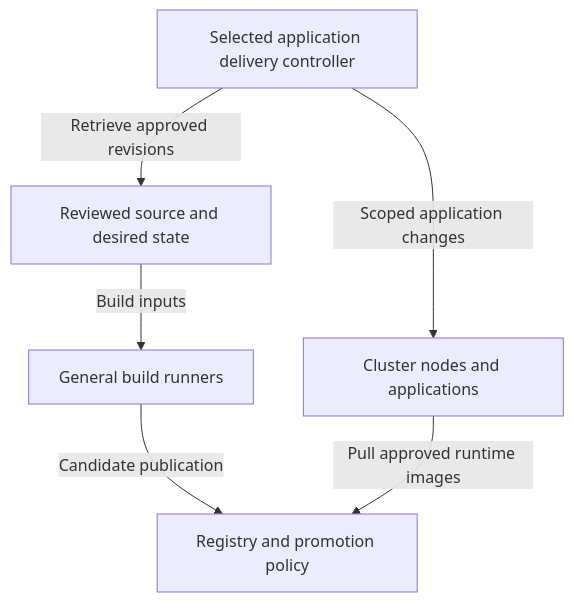
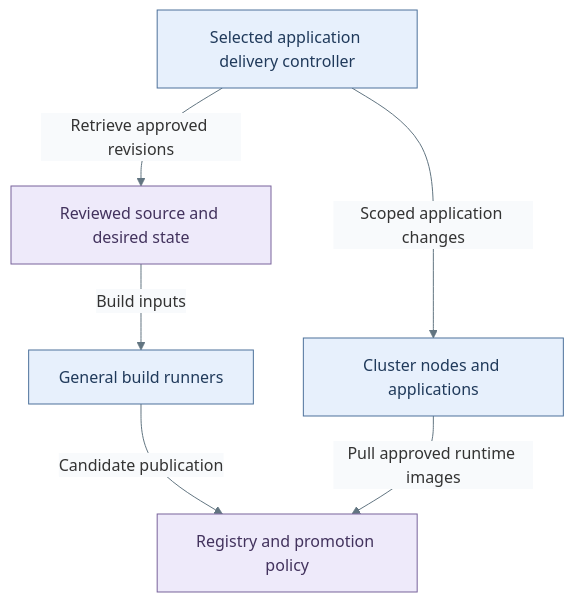
The second of 5 diagrams in docs/architecture/runtime-flows.md (Rexus/homelab), drawn with Mermaid before and after one commit. The commit also changed other lines of this file and 49 other files, not shown here.

Commit message:
docs(diagrams): clarify tier layouts and visual styles

````diff
--- a/docs/architecture/runtime-flows.md
+++ b/docs/architecture/runtime-flows.md
@@ -66,13 +72,19 @@
 ```mermaid
+%%{init: {"theme":"base","themeVariables":{"lineColor":"#627581","edgeLabelBackground":"#f8fafc"}}}%%
 flowchart TB
   Source["Reviewed source and desired state"]
   Build["General build runners"]
   Registry["Registry and promotion policy"]
   Controller["Selected application delivery controller"]
   Runtime["Cluster nodes and applications"]
   Source -->|Build inputs| Build
   Build -->|Candidate publication| Registry
   Controller -->|Retrieve approved revisions| Source
   Controller -->|Scoped application changes| Runtime
   Runtime -->|Pull approved runtime images| Registry
+  classDef default fill:#f8fafc,stroke:#64748b,color:#1f2937
+  classDef data fill:#eeeafa,stroke:#78639b,color:#42325d
+  classDef services fill:#e7f0fc,stroke:#4d719b,color:#203a5b
+  class Source,Registry data
+  class Build,Controller,Runtime services
 ```
````
